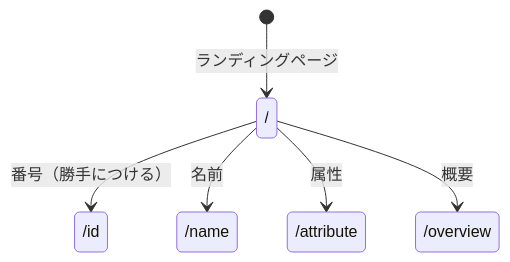
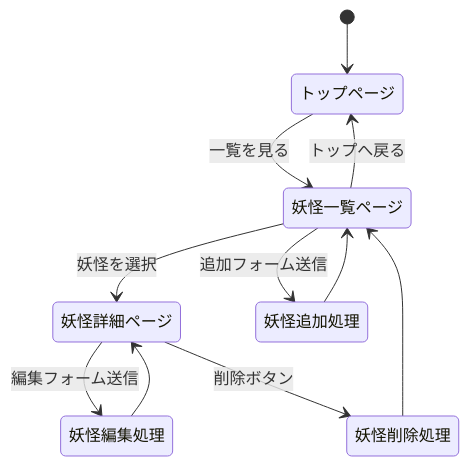
The diagram in youkai.md (s25g1138rj-cmd/webpro_06), drawn with Mermaid before and after one commit. The commit also changed 17 other files, not shown here.

````diff
--- a/youkai.md
+++ b/youkai.md
@@ -2,9 +2,19 @@
 ```mermaid
 stateDiagram-v2
-[*] --> entry:ランディングページ
-entry : /
-entry --> /id:番号（勝手につける）
-entry --> /name:名前
-entry --> /attribute:属性
-entry --> /overview:概要
+    [*] --> トップページ
+
+    トップページ --> 妖怪一覧ページ: 一覧を見る
+    妖怪一覧ページ --> 妖怪詳細ページ: 妖怪を選択
+
+    妖怪一覧ページ --> 妖怪追加処理: 追加フォーム送信
+    妖怪追加処理 --> 妖怪一覧ページ
+
+    妖怪詳細ページ --> 妖怪編集処理: 編集フォーム送信
+    妖怪編集処理 --> 妖怪詳細ページ
+
+    妖怪詳細ページ --> 妖怪削除処理: 削除ボタン
+    妖怪削除処理 --> 妖怪一覧ページ
+
+    妖怪一覧ページ --> トップページ: トップへ戻る
+
 ```
````
